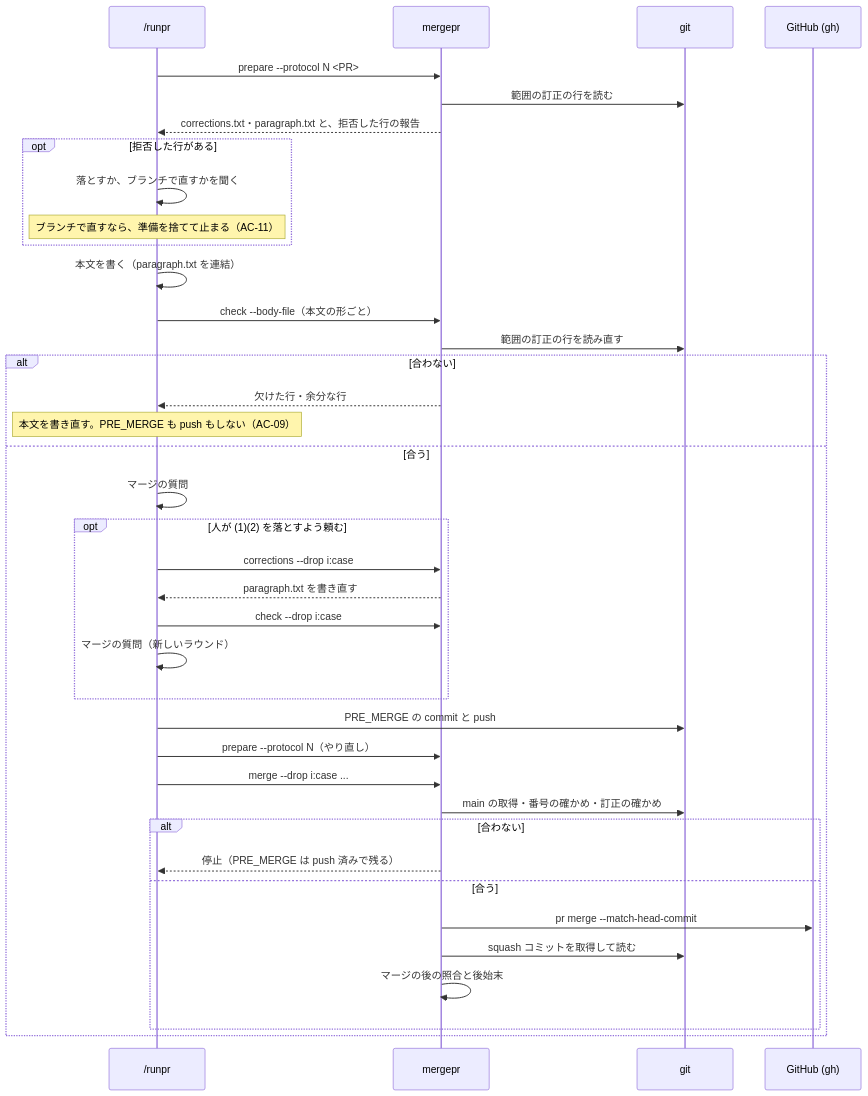
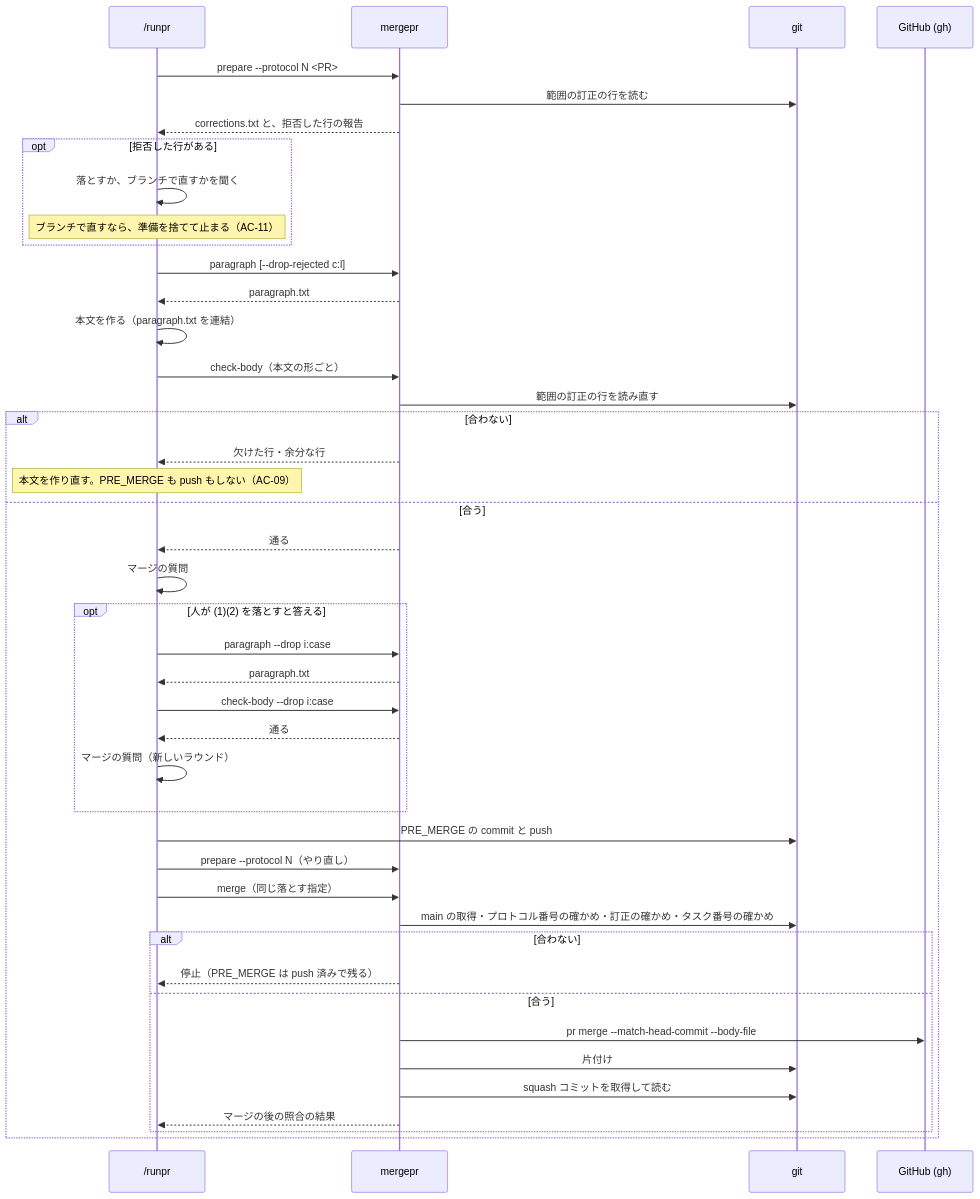
One commit to isseis/yt2column changed the third of 5 diagrams in docs/tasks/0106_squash_editorial_corrections/02_architecture.md. Above: the diagram before and after it, drawn with Mermaid. The commit also changed other lines of this file, not shown here.

First line of the commit message:
docs(0106): address the architecture review and the Japanese prose pass

````diff
--- a/docs/tasks/0106_squash_editorial_corrections/02_architecture.md
+++ b/docs/tasks/0106_squash_editorial_corrections/02_architecture.md
@@ -214,41 +232,46 @@
 ```mermaid
 sequenceDiagram
     participant R as /runpr
     participant M as mergepr
     participant G as git
     participant H as GitHub (gh)
 
     R->>M: prepare --protocol N <PR>
     M->>G: 範囲の訂正の行を読む
-    M-->>R: corrections.txt・paragraph.txt と、拒否した行の報告
+    M-->>R: corrections.txt と、拒否した行の報告
     opt 拒否した行がある
         R->>R: 落とすか、ブランチで直すかを聞く
         Note over R: ブランチで直すなら、準備を捨てて止まる（AC-11）
     end
-    R->>R: 本文を書く（paragraph.txt を連結）
-    R->>M: check --body-file（本文の形ごと）
+    R->>M: paragraph [--drop-rejected c:l]
+    M-->>R: paragraph.txt
+    R->>R: 本文を作る（paragraph.txt を連結）
+    R->>M: check-body（本文の形ごと）
     M->>G: 範囲の訂正の行を読み直す
     alt 合わない
         M-->>R: 欠けた行・余分な行
-        Note over R: 本文を書き直す。PRE_MERGE も push もしない（AC-09）
+        Note over R: 本文を作り直す。PRE_MERGE も push もしない（AC-09）
     else 合う
+        M-->>R: 通る
         R->>R: マージの質問
-        opt 人が (1)(2) を落とすよう頼む
-            R->>M: corrections --drop i:case
-            M-->>R: paragraph.txt を書き直す
-            R->>M: check --drop i:case
+        opt 人が (1)(2) を落とすと答える
+            R->>M: paragraph --drop i:case
+            M-->>R: paragraph.txt
+            R->>M: check-body --drop i:case
+            M-->>R: 通る
             R->>R: マージの質問（新しいラウンド）
         end
         R->>G: PRE_MERGE の commit と push
         R->>M: prepare --protocol N（やり直し）
-        R->>M: merge --drop i:case ...
-        M->>G: main の取得・番号の確かめ・訂正の確かめ
+        R->>M: merge（同じ落とす指定）
+        M->>G: main の取得・プロトコル番号の確かめ・訂正の確かめ・タスク番号の確かめ
         alt 合わない
             M-->>R: 停止（PRE_MERGE は push 済みで残る）
         else 合う
-            M->>H: pr merge --match-head-commit
+            M->>H: pr merge --match-head-commit --body-file
+            M->>G: 片付け
             M->>G: squash コミットを取得して読む
-            M->>M: マージの後の照合と後始末
+            M-->>R: マージの後の照合の結果
         end
     end
 ```
````
